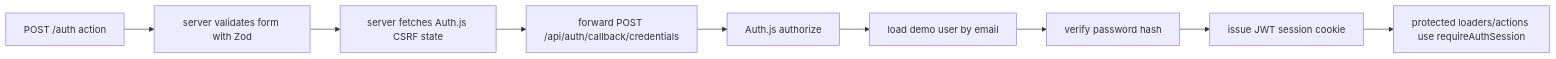
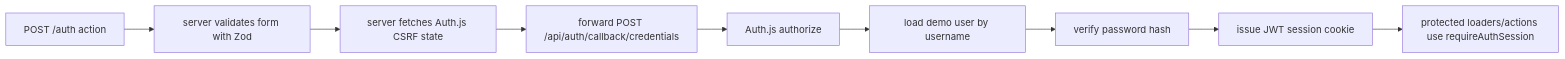
The diagram in apps/web-demo/README.md (dunamismax/reactiveweb), drawn with Mermaid before and after one commit. The commit also changed other lines of this file and 32 other files, not shown here.

````diff
--- a/apps/web-demo/README.md
+++ b/apps/web-demo/README.md
@@ -77,11 +76,11 @@
 ```mermaid
 flowchart LR
   A["POST /auth action"] --> B["server validates form with Zod"]
   B --> C["server fetches Auth.js CSRF state"]
   C --> D["forward POST /api/auth/callback/credentials"]
   D --> E["Auth.js authorize"]
-  E --> F["load demo user by email"]
+  E --> F["load demo user by username"]
   F --> G["verify password hash"]
   G --> H["issue JWT session cookie"]
   H --> I["protected loaders/actions use requireAuthSession"]
 ```
````
